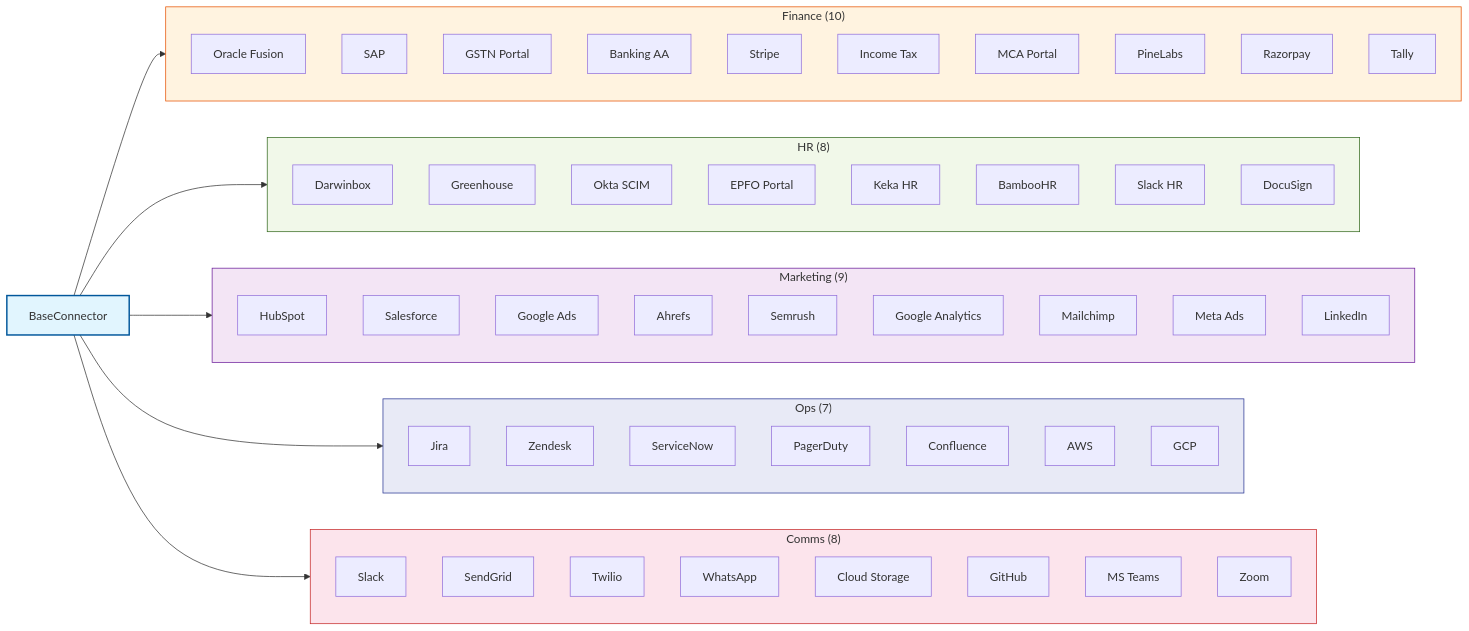
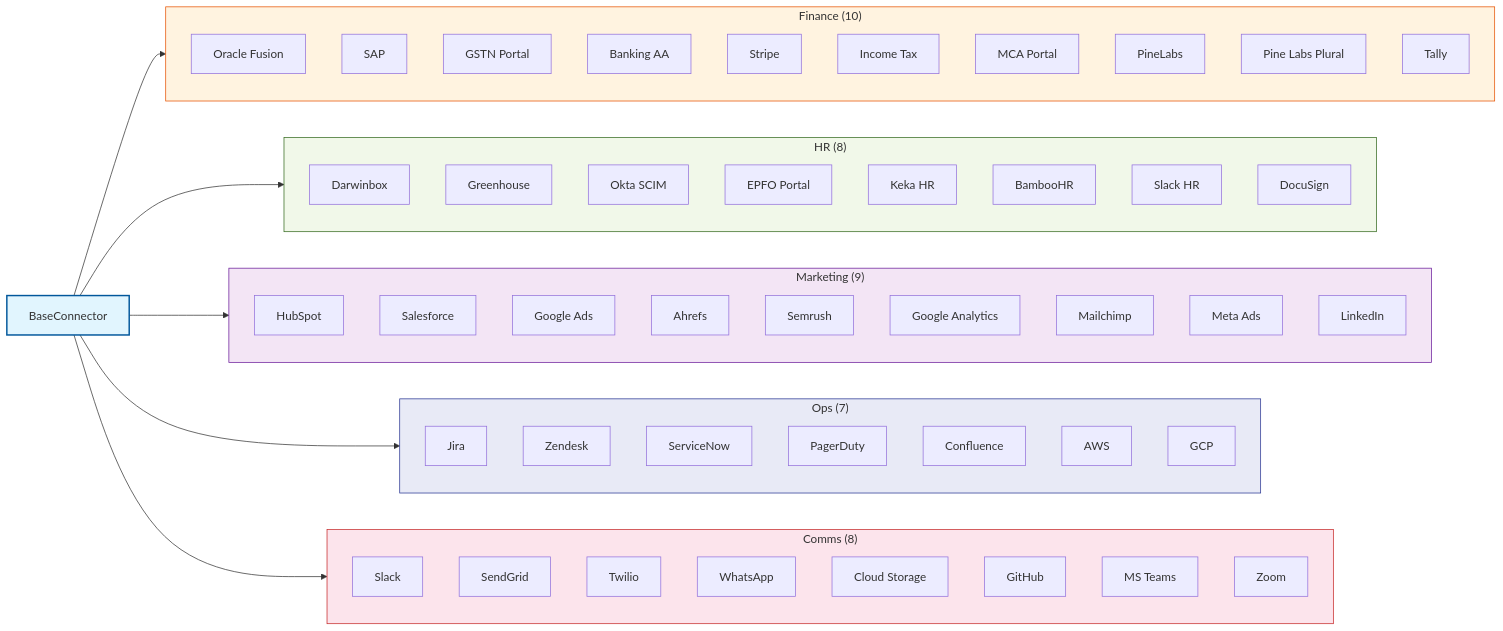
The tenth of 10 diagrams in docs/architecture.md (mishrasanjeev/agentic-org), drawn with Mermaid before and after one commit. The commit also changed 200 other files, not shown here.

````diff
--- a/docs/architecture.md
+++ b/docs/architecture.md
@@ -543,72 +543,72 @@
 ```mermaid
 graph LR
     subgraph Finance["Finance (10)"]
         OF[Oracle Fusion]
         SAP[SAP]
         GSTN[GSTN Portal]
         Bank[Banking AA]
         Stripe[Stripe]
         IT[Income Tax]
         MCA[MCA Portal]
         Pine[PineLabs]
-        Razr[Razorpay]
+        Razr[Pine Labs Plural]
         Tally[Tally]
     end
 
     subgraph HR_C["HR (8)"]
         DBox[Darwinbox]
         GH[Greenhouse]
         Okta[Okta SCIM]
         EPFO[EPFO Portal]
         Keka[Keka HR]
         BambooHR[BambooHR]
         Slack_H[Slack HR]
         DocuSign[DocuSign]
     end
 
     subgraph Marketing_C["Marketing (9)"]
         HubSpot[HubSpot]
         SF[Salesforce]
         GAds[Google Ads]
         Ahrefs[Ahrefs]
         Semrush[Semrush]
         GA[Google Analytics]
         Mailchimp[Mailchimp]
         Meta[Meta Ads]
         LinkedIn[LinkedIn]
     end
 
     subgraph Ops_C["Ops (7)"]
         Jira[Jira]
         ZD[Zendesk]
         SN[ServiceNow]
         PD[PagerDuty]
         Conf[Confluence]
         AWS_C[AWS]
         GCP[GCP]
     end
 
     subgraph Comms_C["Comms (8)"]
         SlackC[Slack]
         SG[SendGrid]
         Twilio[Twilio]
         WA[WhatsApp]
         GCS[Cloud Storage]
         GitHub_C[GitHub]
         Teams[MS Teams]
         Zoom[Zoom]
     end
 
     BC["BaseConnector"] --> Finance
     BC --> HR_C
     BC --> Marketing_C
     BC --> Ops_C
     BC --> Comms_C
 
     style BC fill:#e1f5fe,stroke:#01579b,stroke-width:2px
     style Finance fill:#fff3e0,stroke:#e65100
     style HR_C fill:#f1f8e9,stroke:#33691e
     style Marketing_C fill:#f3e5f5,stroke:#6a1b9a
     style Ops_C fill:#e8eaf6,stroke:#283593
     style Comms_C fill:#fce4ec,stroke:#c62828
 ```
````
